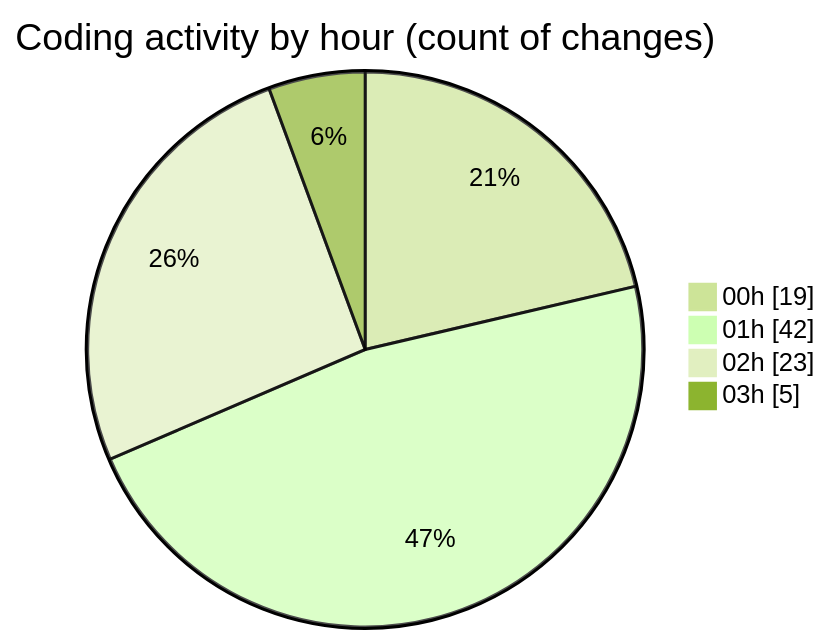
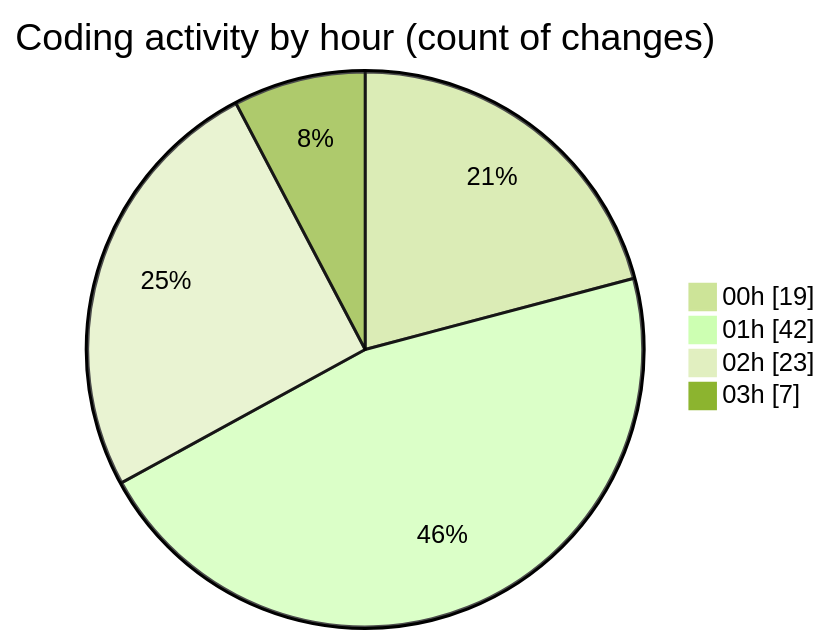
Before and after one commit to momahboobian/code-tracking: the second of 2 diagrams in 2025-02-23/pdf-analysis-app/README.md, drawn with Mermaid (forest theme). The commit also changed other lines of this file and 1 other file, not shown here.

````diff
--- a/2025-02-23/pdf-analysis-app/README.md
+++ b/2025-02-23/pdf-analysis-app/README.md
@@ -44,8 +44,8 @@
 ```mermaid
 pie showData
 title Coding activity by hour (count of changes)
 "00h" : 19
 "01h" : 42
 "02h" : 23
-"03h" : 5
+"03h" : 7
 ```
````
